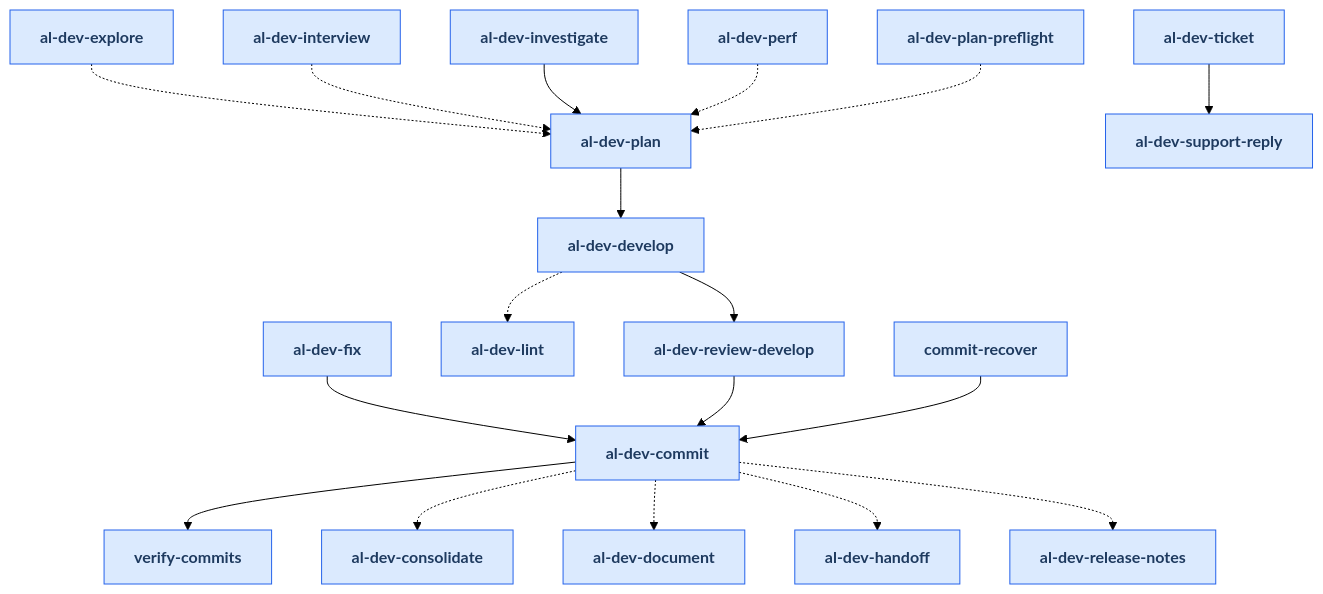
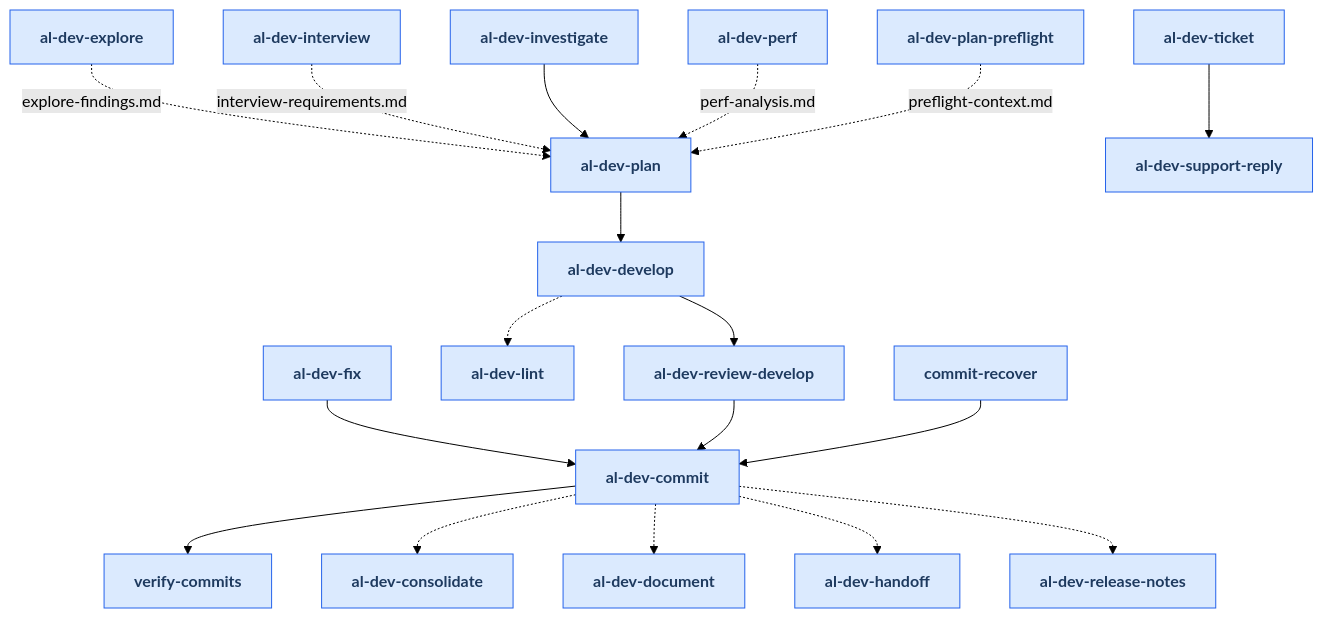
One commit to russell-laing/al-dev-shared changed the first of 26 diagrams in docs/al-dev-skills-map.md. Above: the diagram before and after it, drawn with Mermaid (forest theme).

Commit message:
docs(skills-map): add handoff labels to 4 pre-planning tributary arrows

````diff
--- a/docs/al-dev-skills-map.md
+++ b/docs/al-dev-skills-map.md
@@ -17,61 +17,61 @@
 ```mermaid
 flowchart TD
     classDef skillNode fill:#dbeafe,stroke:#2563eb,color:#1e3a5f,font-weight:bold
     skill_al_dev_commit[al-dev-commit]
     skill_al_dev_consolidate[al-dev-consolidate]
     skill_al_dev_develop[al-dev-develop]
     skill_al_dev_document[al-dev-document]
     skill_al_dev_explore[al-dev-explore]
     skill_al_dev_fix[al-dev-fix]
     skill_al_dev_handoff[al-dev-handoff]
     skill_al_dev_interview[al-dev-interview]
     skill_al_dev_investigate[al-dev-investigate]
     skill_al_dev_lint[al-dev-lint]
     skill_al_dev_perf[al-dev-perf]
     skill_al_dev_plan[al-dev-plan]
     skill_al_dev_plan_preflight[al-dev-plan-preflight]
     skill_al_dev_release_notes[al-dev-release-notes]
     skill_al_dev_review_develop[al-dev-review-develop]
     skill_al_dev_support_reply[al-dev-support-reply]
     skill_al_dev_ticket[al-dev-ticket]
     skill_commit_recover[commit-recover]
     skill_verify_commits[verify-commits]
 
     skill_al_dev_commit --> skill_verify_commits
     skill_al_dev_commit -.-> skill_al_dev_consolidate
     skill_al_dev_commit -.-> skill_al_dev_document
     skill_al_dev_commit -.-> skill_al_dev_handoff
     skill_al_dev_commit -.-> skill_al_dev_release_notes
     skill_al_dev_develop --> skill_al_dev_review_develop
     skill_al_dev_develop -.-> skill_al_dev_lint
-    skill_al_dev_explore -.-> skill_al_dev_plan
+    skill_al_dev_explore -.->|explore-findings.md| skill_al_dev_plan
     skill_al_dev_fix --> skill_al_dev_commit
-    skill_al_dev_interview -.-> skill_al_dev_plan
+    skill_al_dev_interview -.->|interview-requirements.md| skill_al_dev_plan
     skill_al_dev_investigate --> skill_al_dev_plan
-    skill_al_dev_perf -.-> skill_al_dev_plan
+    skill_al_dev_perf -.->|perf-analysis.md| skill_al_dev_plan
     skill_al_dev_plan --> skill_al_dev_develop
-    skill_al_dev_plan_preflight -.-> skill_al_dev_plan
+    skill_al_dev_plan_preflight -.->|preflight-context.md| skill_al_dev_plan
     skill_al_dev_review_develop --> skill_al_dev_commit
     skill_al_dev_ticket --> skill_al_dev_support_reply
     skill_commit_recover --> skill_al_dev_commit
 
     class skill_al_dev_commit skillNode
     class skill_al_dev_consolidate skillNode
     class skill_al_dev_develop skillNode
     class skill_al_dev_document skillNode
     class skill_al_dev_explore skillNode
     class skill_al_dev_fix skillNode
     class skill_al_dev_handoff skillNode
     class skill_al_dev_interview skillNode
     class skill_al_dev_investigate skillNode
     class skill_al_dev_lint skillNode
     class skill_al_dev_perf skillNode
     class skill_al_dev_plan skillNode
     class skill_al_dev_plan_preflight skillNode
     class skill_al_dev_release_notes skillNode
     class skill_al_dev_review_develop skillNode
     class skill_al_dev_support_reply skillNode
     class skill_al_dev_ticket skillNode
     class skill_commit_recover skillNode
     class skill_verify_commits skillNode
 ```
````
